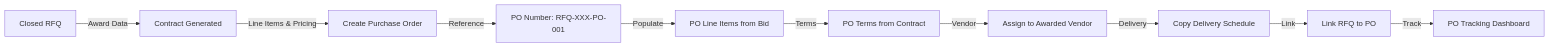
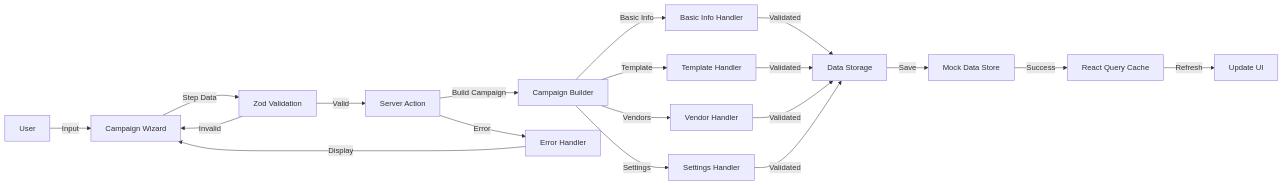
The ninth of 23 diagrams in docs/app/vendor-management/requests-for-pricing/FD-requests-for-pricing.md (CarmenSoftware-organization/carmen), drawn with Mermaid before and after one commit. The commit also changed other lines of this file and 1788 other files, not shown here.

````diff
--- a/docs/app/vendor-management/requests-for-pricing/FD-requests-for-pricing.md
+++ b/docs/app/vendor-management/requests-for-pricing/FD-requests-for-pricing.md
@@ -1711,12 +374,25 @@
 ```mermaid
-graph LR
-    ClosedRFQ[Closed RFQ] -->|Award Data| Contract[Contract Generated]
-    Contract -->|Line Items & Pricing| POCreation[Create Purchase Order]
-    POCreation -->|Reference| PONumber[PO Number: RFQ-XXX-PO-001]
-    PONumber -->|Populate| POLineItems[PO Line Items from Bid]
-    POLineItems -->|Terms| POTerms[PO Terms from Contract]
-    POTerms -->|Vendor| VendorPO[Assign to Awarded Vendor]
-    VendorPO -->|Delivery| DeliverySchedule[Copy Delivery Schedule]
-    DeliverySchedule -->|Link| LinkRFQtoPO[Link RFQ to PO]
-    LinkRFQtoPO -->|Track| POTracking[PO Tracking Dashboard]
+flowchart LR
+    User[User] -->|Input| Wizard[Campaign Wizard]
+    Wizard -->|Step Data| Validation[Zod Validation]
+    Validation -->|Valid| Action[Server Action]
+    Validation -->|Invalid| Wizard
+
+    Action -->|Build Campaign| Builder[Campaign Builder]
+    Builder -->|Basic Info| BasicHandler[Basic Info Handler]
+    Builder -->|Template| TemplateHandler[Template Handler]
+    Builder -->|Vendors| VendorHandler[Vendor Handler]
+    Builder -->|Settings| SettingsHandler[Settings Handler]
+
+    BasicHandler -->|Validated| Storage[Data Storage]
+    TemplateHandler -->|Validated| Storage
+    VendorHandler -->|Validated| Storage
+    SettingsHandler -->|Validated| Storage
+
+    Storage -->|Save| MockData[Mock Data Store]
+    MockData -->|Success| Cache[React Query Cache]
+    Cache -->|Refresh| UI[Update UI]
+
+    Action -->|Error| ErrorHandler[Error Handler]
+    ErrorHandler -->|Display| Wizard
 ```
````
